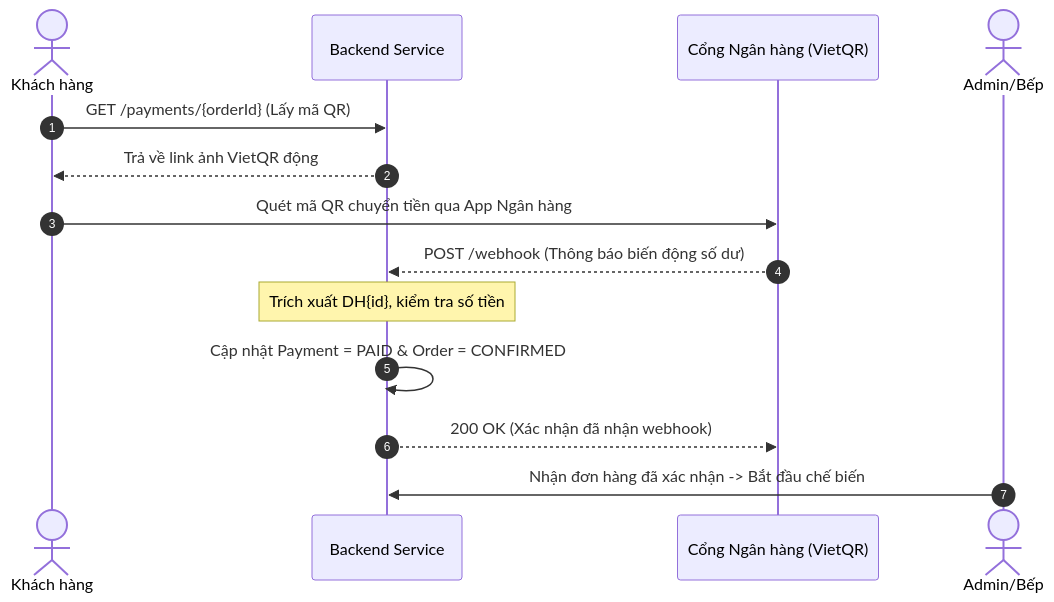
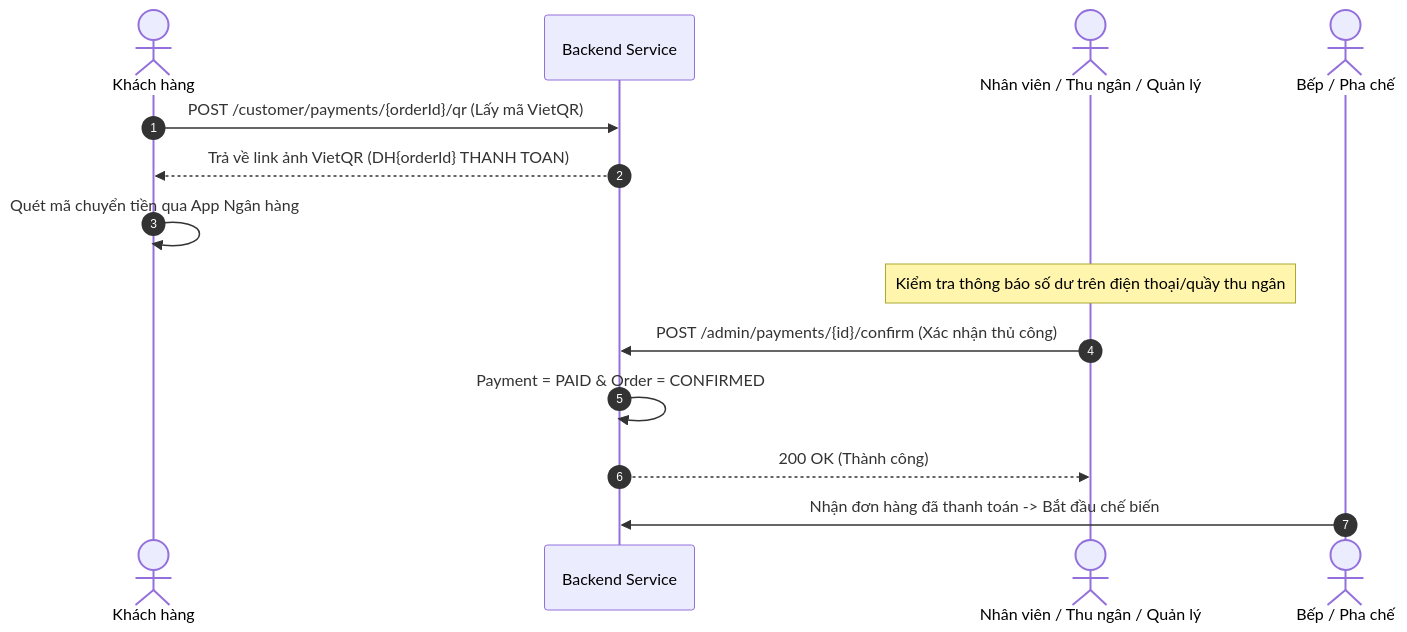
One commit to khoapoke/restaurant-lavarel changed the diagram in be_docs/modules/payment.md. Above: the diagram before and after it, drawn with Mermaid. The commit also changed other lines of this file and 5 other files, not shown here.

Commit message:
chore: update doc order, payment, reservate and enums

````diff
--- a/be_docs/modules/payment.md
+++ b/be_docs/modules/payment.md
@@ -101,17 +103,17 @@
 ```mermaid
 sequenceDiagram
     autonumber
     actor C as Khách hàng
     participant API as Backend Service
-    participant Bank as Cổng Ngân hàng (VietQR)
-    actor A as Admin/Bếp
+    actor S as Nhân viên / Thu ngân / Quản lý
+    actor K as Bếp / Pha chế
 
-    C->>API: GET /payments/{orderId} (Lấy mã QR)
-    API-->>C: Trả về link ảnh VietQR động
-    C->>Bank: Quét mã QR chuyển tiền qua App Ngân hàng
-    Bank-->>API: POST /webhook (Thông báo biến động số dư)
-    Note over API: Trích xuất DH{id}, kiểm tra số tiền
-    API->>API: Cập nhật Payment = PAID & Order = CONFIRMED
-    API-->>Bank: 200 OK (Xác nhận đã nhận webhook)
-    A->>API: Nhận đơn hàng đã xác nhận -> Bắt đầu chế biến
+    C->>API: POST /customer/payments/{orderId}/qr (Lấy mã VietQR)
+    API-->>C: Trả về link ảnh VietQR (DH{orderId} THANH TOAN)
+    C->>C: Quét mã chuyển tiền qua App Ngân hàng
+    Note over S: Kiểm tra thông báo số dư trên điện thoại/quầy thu ngân
+    S->>API: POST /admin/payments/{id}/confirm (Xác nhận thủ công)
+    API->>API: Payment = PAID & Order = CONFIRMED
+    API-->>S: 200 OK (Thành công)
+    K->>API: Nhận đơn hàng đã thanh toán -> Bắt đầu chế biến
 ```
````
